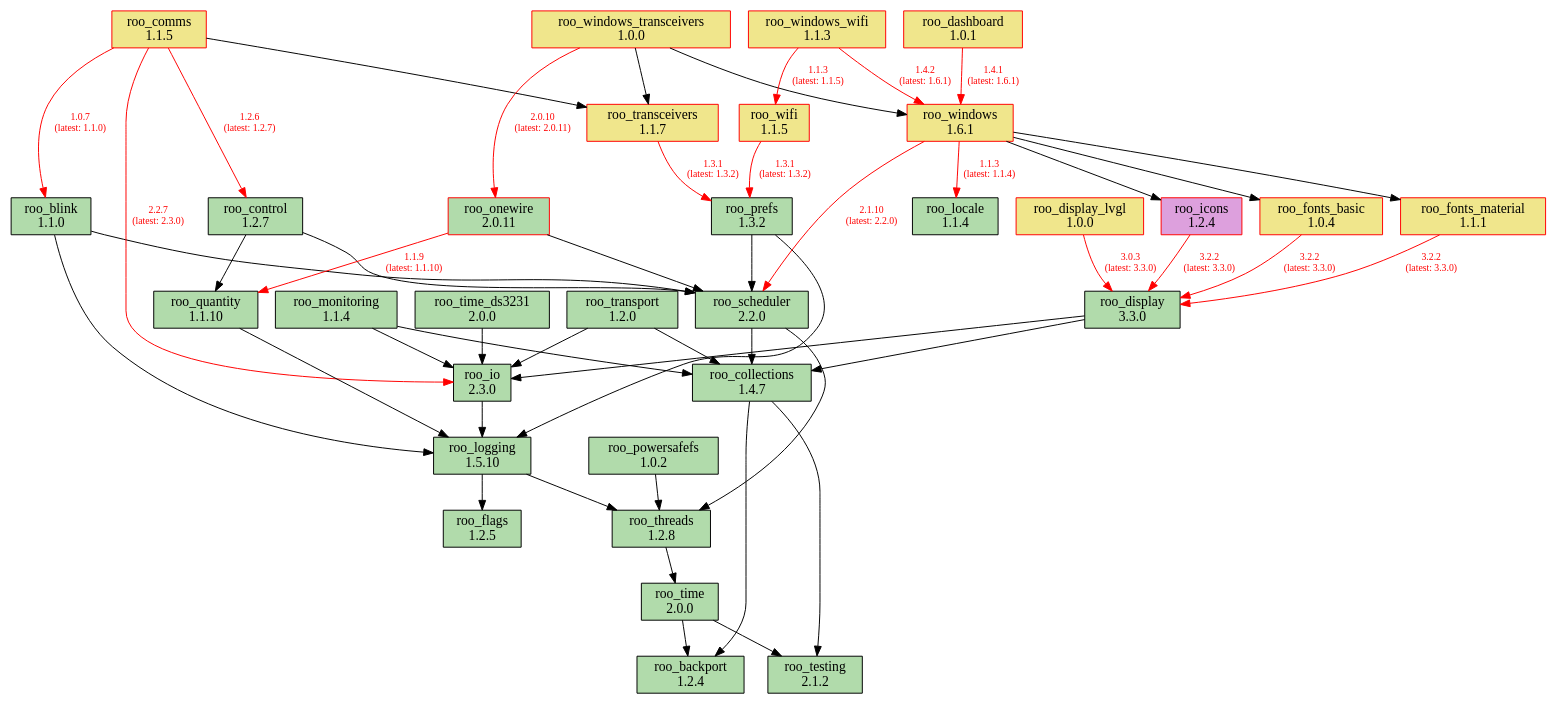
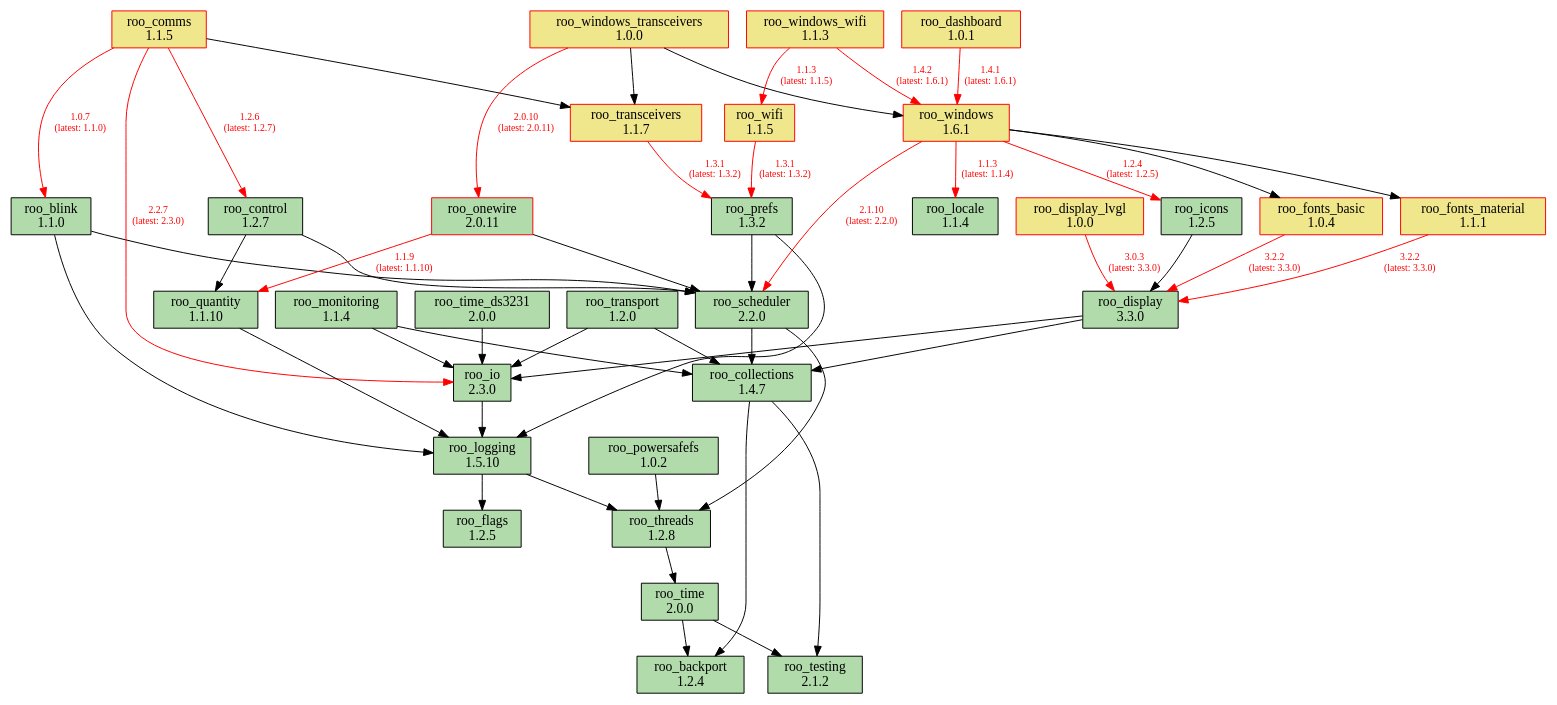
Before and after one commit to dejwk/roo-registry: the diagram in doc/dependencies.dot, drawn with Graphviz. The commit also changed 3 other files, not shown here.

Commit message:
Added roo_icons 1.2.5 to the registry.

```diff
--- a/doc/dependencies.dot
+++ b/doc/dependencies.dot
@@ -1,88 +1,88 @@
 digraph dependencies {
     rankdir=TB;
     node [shape=box, style=filled];
     edge [fontsize=10];
 
     // Modules
     "roo_backport" [label="roo_backport\n1.2.4", fillcolor="#b1dbab", color="black"];
     "roo_blink" [label="roo_blink\n1.1.0", fillcolor="#b1dbab", color="black"];
     "roo_collections" [label="roo_collections\n1.4.7", fillcolor="#b1dbab", color="black"];
     "roo_comms" [label="roo_comms\n1.1.5", fillcolor="khaki", color="red"];
     "roo_control" [label="roo_control\n1.2.7", fillcolor="#b1dbab", color="black"];
     "roo_dashboard" [label="roo_dashboard\n1.0.1", fillcolor="khaki", color="red"];
     "roo_display" [label="roo_display\n3.3.0", fillcolor="#b1dbab", color="black"];
     "roo_display_lvgl" [label="roo_display_lvgl\n1.0.0", fillcolor="khaki", color="red"];
     "roo_flags" [label="roo_flags\n1.2.5", fillcolor="#b1dbab", color="black"];
     "roo_fonts_basic" [label="roo_fonts_basic\n1.0.4", fillcolor="khaki", color="red"];
     "roo_fonts_material" [label="roo_fonts_material\n1.1.1", fillcolor="khaki", color="red"];
-    "roo_icons" [label="roo_icons\n1.2.4", fillcolor="plum", color="red"];
+    "roo_icons" [label="roo_icons\n1.2.5", fillcolor="#b1dbab", color="black"];
     "roo_io" [label="roo_io\n2.3.0", fillcolor="#b1dbab", color="black"];
     "roo_locale" [label="roo_locale\n1.1.4", fillcolor="#b1dbab", color="black"];
     "roo_logging" [label="roo_logging\n1.5.10", fillcolor="#b1dbab", color="black"];
     "roo_monitoring" [label="roo_monitoring\n1.1.4", fillcolor="#b1dbab", color="black"];
     "roo_onewire" [label="roo_onewire\n2.0.11", fillcolor="#b1dbab", color="red"];
     "roo_powersafefs" [label="roo_powersafefs\n1.0.2", fillcolor="#b1dbab", color="black"];
     "roo_prefs" [label="roo_prefs\n1.3.2", fillcolor="#b1dbab", color="black"];
     "roo_quantity" [label="roo_quantity\n1.1.10", fillcolor="#b1dbab", color="black"];
     "roo_scheduler" [label="roo_scheduler\n2.2.0", fillcolor="#b1dbab", color="black"];
     "roo_testing" [label="roo_testing\n2.1.2", fillcolor="#b1dbab", color="black"];
     "roo_threads" [label="roo_threads\n1.2.8", fillcolor="#b1dbab", color="black"];
     "roo_time" [label="roo_time\n2.0.0", fillcolor="#b1dbab", color="black"];
     "roo_time_ds3231" [label="roo_time_ds3231\n2.0.0", fillcolor="#b1dbab", color="black"];
     "roo_transceivers" [label="roo_transceivers\n1.1.7", fillcolor="khaki", color="red"];
     "roo_transport" [label="roo_transport\n1.2.0", fillcolor="#b1dbab", color="black"];
     "roo_wifi" [label="roo_wifi\n1.1.5", fillcolor="khaki", color="red"];
     "roo_windows" [label="roo_windows\n1.6.1", fillcolor="khaki", color="red"];
     "roo_windows_transceivers" [label="roo_windows_transceivers\n1.0.0", fillcolor="khaki", color="red"];
     "roo_windows_wifi" [label="roo_windows_wifi\n1.1.3", fillcolor="khaki", color="red"];
 
     // Dependencies
     "roo_blink" -> "roo_logging";
     "roo_blink" -> "roo_scheduler";
     "roo_collections" -> "roo_testing";
     "roo_collections" -> "roo_backport";
     "roo_comms" -> "roo_blink" [color=red, fontcolor=red, label="1.0.7\n(latest: 1.1.0)"];
     "roo_comms" -> "roo_control" [color=red, fontcolor=red, label="1.2.6\n(latest: 1.2.7)"];
     "roo_comms" -> "roo_io" [color=red, fontcolor=red, label="2.2.7\n(latest: 2.3.0)"];
     "roo_comms" -> "roo_transceivers";
     "roo_control" -> "roo_quantity";
     "roo_control" -> "roo_scheduler";
     "roo_dashboard" -> "roo_windows" [color=red, fontcolor=red, label="1.4.1\n(latest: 1.6.1)"];
     "roo_display" -> "roo_collections";
     "roo_display" -> "roo_io";
     "roo_display_lvgl" -> "roo_display" [color=red, fontcolor=red, label="3.0.3\n(latest: 3.3.0)"];
     "roo_fonts_basic" -> "roo_display" [color=red, fontcolor=red, label="3.2.2\n(latest: 3.3.0)"];
     "roo_fonts_material" -> "roo_display" [color=red, fontcolor=red, label="3.2.2\n(latest: 3.3.0)"];
-    "roo_icons" -> "roo_display" [color=red, fontcolor=red, label="3.2.2\n(latest: 3.3.0)"];
+    "roo_icons" -> "roo_display";
     "roo_io" -> "roo_logging";
     "roo_logging" -> "roo_flags";
     "roo_logging" -> "roo_threads";
     "roo_monitoring" -> "roo_collections";
     "roo_monitoring" -> "roo_io";
     "roo_onewire" -> "roo_scheduler";
     "roo_onewire" -> "roo_quantity" [color=red, fontcolor=red, label="1.1.9\n(latest: 1.1.10)"];
     "roo_powersafefs" -> "roo_threads";
     "roo_prefs" -> "roo_logging";
     "roo_prefs" -> "roo_scheduler";
     "roo_quantity" -> "roo_logging";
     "roo_scheduler" -> "roo_collections";
     "roo_scheduler" -> "roo_threads";
     "roo_threads" -> "roo_time";
     "roo_time" -> "roo_testing";
     "roo_time" -> "roo_backport";
     "roo_time_ds3231" -> "roo_io";
     "roo_transceivers" -> "roo_prefs" [color=red, fontcolor=red, label="1.3.1\n(latest: 1.3.2)"];
     "roo_transport" -> "roo_collections";
     "roo_transport" -> "roo_io";
     "roo_wifi" -> "roo_prefs" [color=red, fontcolor=red, label="1.3.1\n(latest: 1.3.2)"];
     "roo_windows" -> "roo_fonts_basic";
     "roo_windows" -> "roo_fonts_material";
     "roo_windows" -> "roo_locale" [color=red, fontcolor=red, label="1.1.3\n(latest: 1.1.4)"];
-    "roo_windows" -> "roo_icons";
+    "roo_windows" -> "roo_icons" [color=red, fontcolor=red, label="1.2.4\n(latest: 1.2.5)"];
     "roo_windows" -> "roo_scheduler" [color=red, fontcolor=red, label="2.1.10\n(latest: 2.2.0)"];
     "roo_windows_transceivers" -> "roo_onewire" [color=red, fontcolor=red, label="2.0.10\n(latest: 2.0.11)"];
     "roo_windows_transceivers" -> "roo_transceivers";
     "roo_windows_transceivers" -> "roo_windows";
     "roo_windows_wifi" -> "roo_wifi" [color=red, fontcolor=red, label="1.1.3\n(latest: 1.1.5)"];
     "roo_windows_wifi" -> "roo_windows" [color=red, fontcolor=red, label="1.4.2\n(latest: 1.6.1)"];
 }
```
